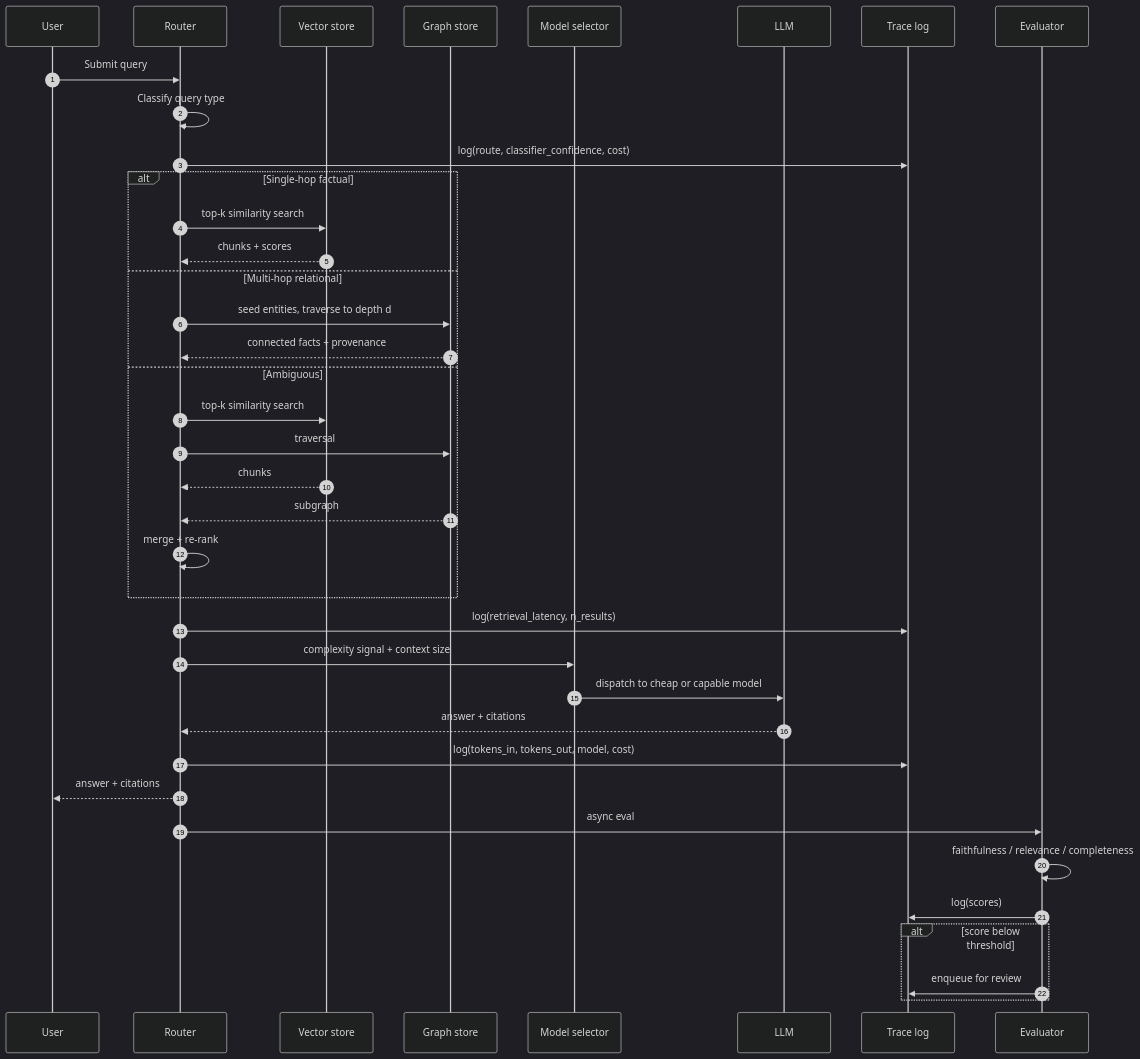
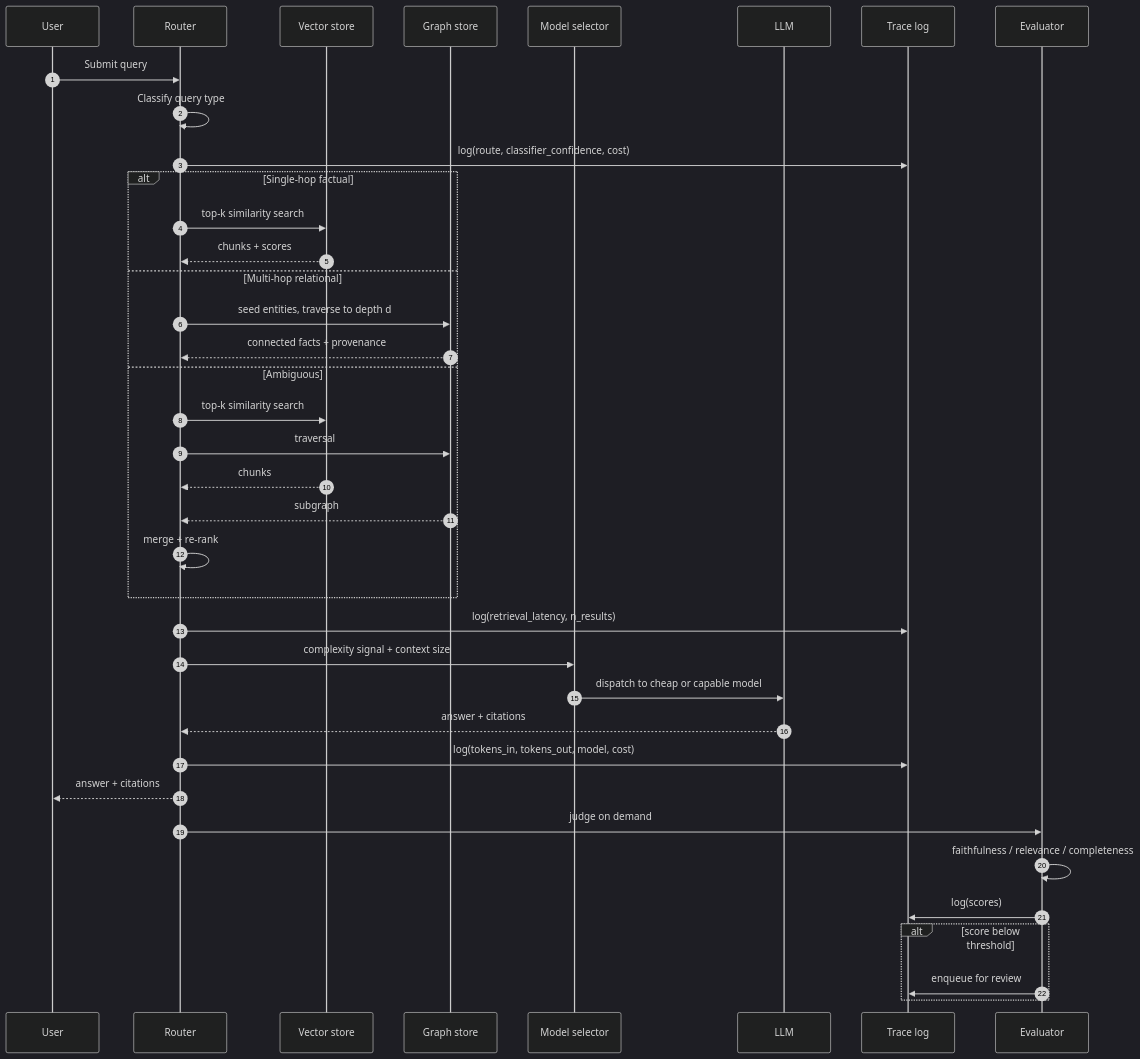
Before and after one commit to Om072005/AdaptiveRAG: the third of 7 diagrams in README.md, drawn with Mermaid (dark theme). The commit also changed other lines of this file, not shown here.

````diff
--- a/README.md
+++ b/README.md
@@ -214,44 +226,44 @@
 ```mermaid
 sequenceDiagram
     autonumber
     participant U as User
     participant R as Router
     participant V as Vector store
     participant G as Graph store
     participant M as Model selector
     participant L as LLM
     participant T as Trace log
     participant E as Evaluator
 
     U->>R: Submit query
     R->>R: Classify query type
     R->>T: log(route, classifier_confidence, cost)
 
     alt Single-hop factual
         R->>V: top-k similarity search
         V-->>R: chunks + scores
     else Multi-hop relational
         R->>G: seed entities, traverse to depth d
         G-->>R: connected facts + provenance
     else Ambiguous
         R->>V: top-k similarity search
         R->>G: traversal
         V-->>R: chunks
         G-->>R: subgraph
         R->>R: merge + re-rank
     end
 
     R->>T: log(retrieval_latency, n_results)
     R->>M: complexity signal + context size
     M->>L: dispatch to cheap or capable model
     L-->>R: answer + citations
     R->>T: log(tokens_in, tokens_out, model, cost)
     R-->>U: answer + citations
 
-    R->>E: async eval
+    R->>E: judge on demand
     E->>E: faithfulness / relevance / completeness
     E->>T: log(scores)
     alt score below threshold
         E->>T: enqueue for review
     end
 ```
````
